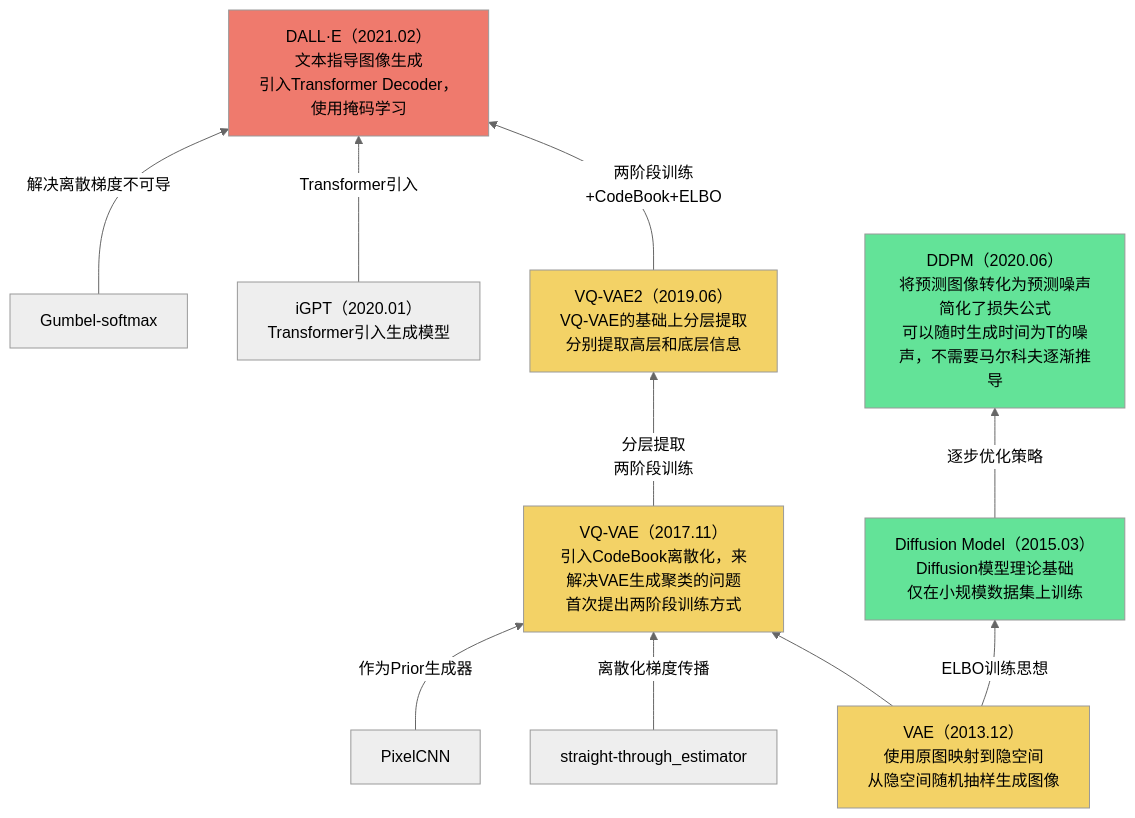
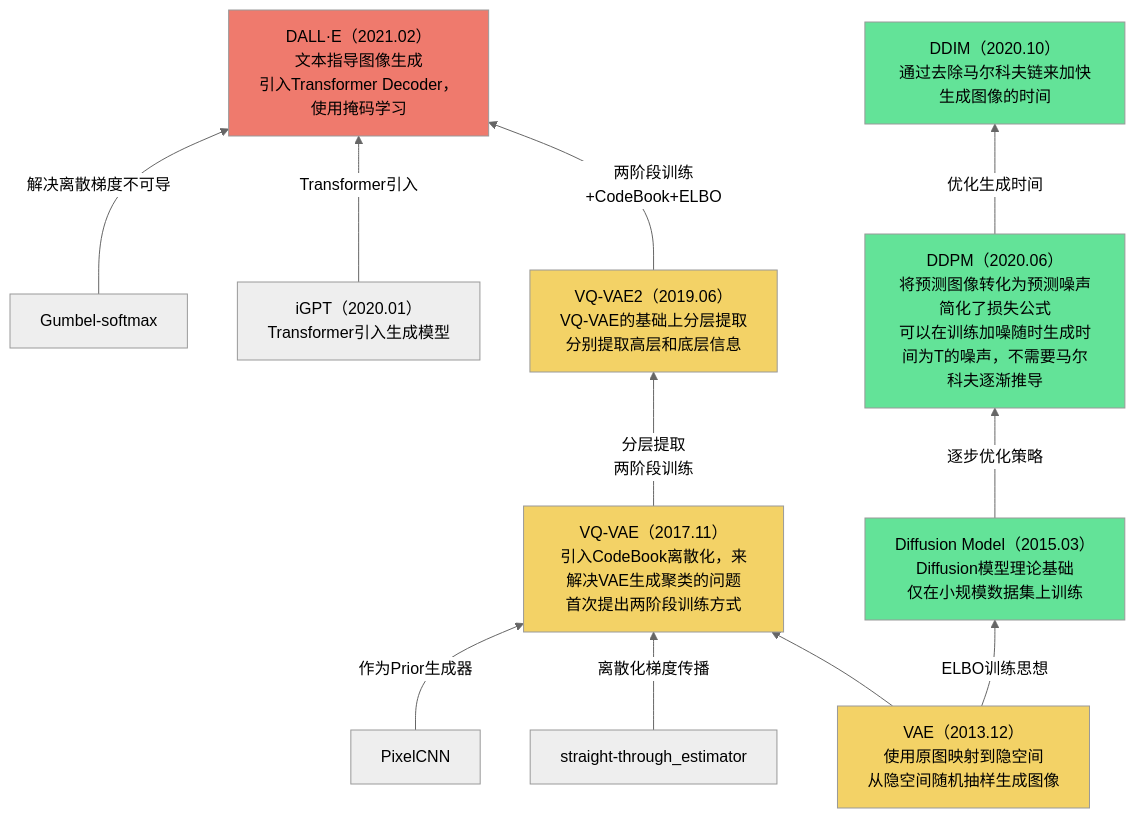
The third of 4 diagrams in Base_Model/GAN+VAE+Diffusion/analyse.md (Elephant-King9/Paper), drawn with Mermaid (neutral theme) before and after one commit. The commit also changed other lines of this file and 5 other files, not shown here.

````diff
--- a/Base_Model/GAN+VAE+Diffusion/analyse.md
+++ b/Base_Model/GAN+VAE+Diffusion/analyse.md
@@ -59,30 +65,33 @@
 ```mermaid
 flowchart BT
 VAE-->VQ-VAE
 straight-through_estimator-->|离散化梯度传播|VQ-VAE
 PixelCNN-->|作为Prior生成器|VQ-VAE
 VAE-->|ELBO训练思想|Diffusion_Model
 VQ-VAE-->|分层提取<br>两阶段训练|VQ-VAE2
 VQ-VAE2-->|两阶段训练+CodeBook+ELBO|DALL-E
 I-GPT-->|Transformer引入|DALL-E
 Gumbel-softmax-->|解决离散梯度不可导|DALL-E
 Diffusion_Model-->|逐步优化策略|DDPM
+DDPM-->|优化生成时间|DDIM
 
 
 
 
 VAE[VAE（2013.12）<br>使用原图映射到隐空间<br>从隐空间随机抽样生成图像]
 	style VAE fill:#F3D266
 VQ-VAE[VQ-VAE（2017.11）<br>引入CodeBook离散化，来解决VAE生成聚类的问题<br>首次提出两阶段训练方式]
 	style VQ-VAE fill:#F3D266
 VQ-VAE2[VQ-VAE2（2019.06）<br>VQ-VAE的基础上分层提取<br>分别提取高层和底层信息]
 	style VQ-VAE2 fill:#F3D266
 DALL-E[DALL·E（2021.02）<br>文本指导图像生成<br>引入Transformer Decoder，使用掩码学习]
 	style DALL-E fill:#EF7A6D
 I-GPT[iGPT（2020.01）<br>Transformer引入生成模型]
 Gumbel-softmax[Gumbel-softmax]
 Diffusion_Model[Diffusion Model（2015.03）<br>Diffusion模型理论基础<br>仅在小规模数据集上训练]
 	style Diffusion_Model fill:#63E398
-DDPM[DDPM（2020.06）<br>将预测图像转化为预测噪声<br>简化了损失公式<br>可以随时生成时间为T的噪声，不需要马尔科夫逐渐推导]
+DDPM[DDPM（2020.06）<br>将预测图像转化为预测噪声<br>简化了损失公式<br>可以在训练加噪随时生成时间为T的噪声，不需要马尔科夫逐渐推导]
 	style DDPM fill:#63E398
+DDIM[DDIM（2020.10）<br>通过去除马尔科夫链来加快生成图像的时间]
+	style DDIM fill:#63E398
 ```
````
